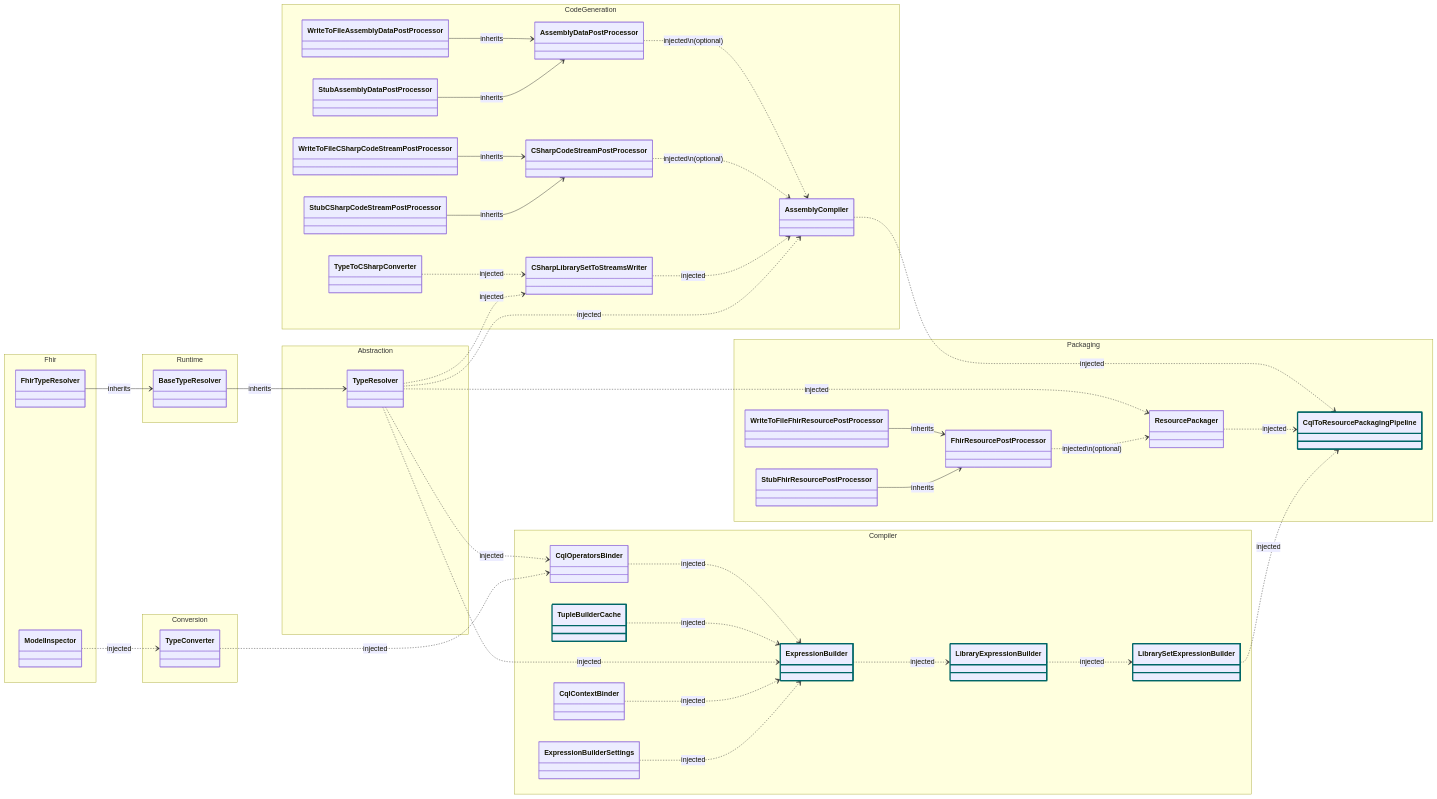
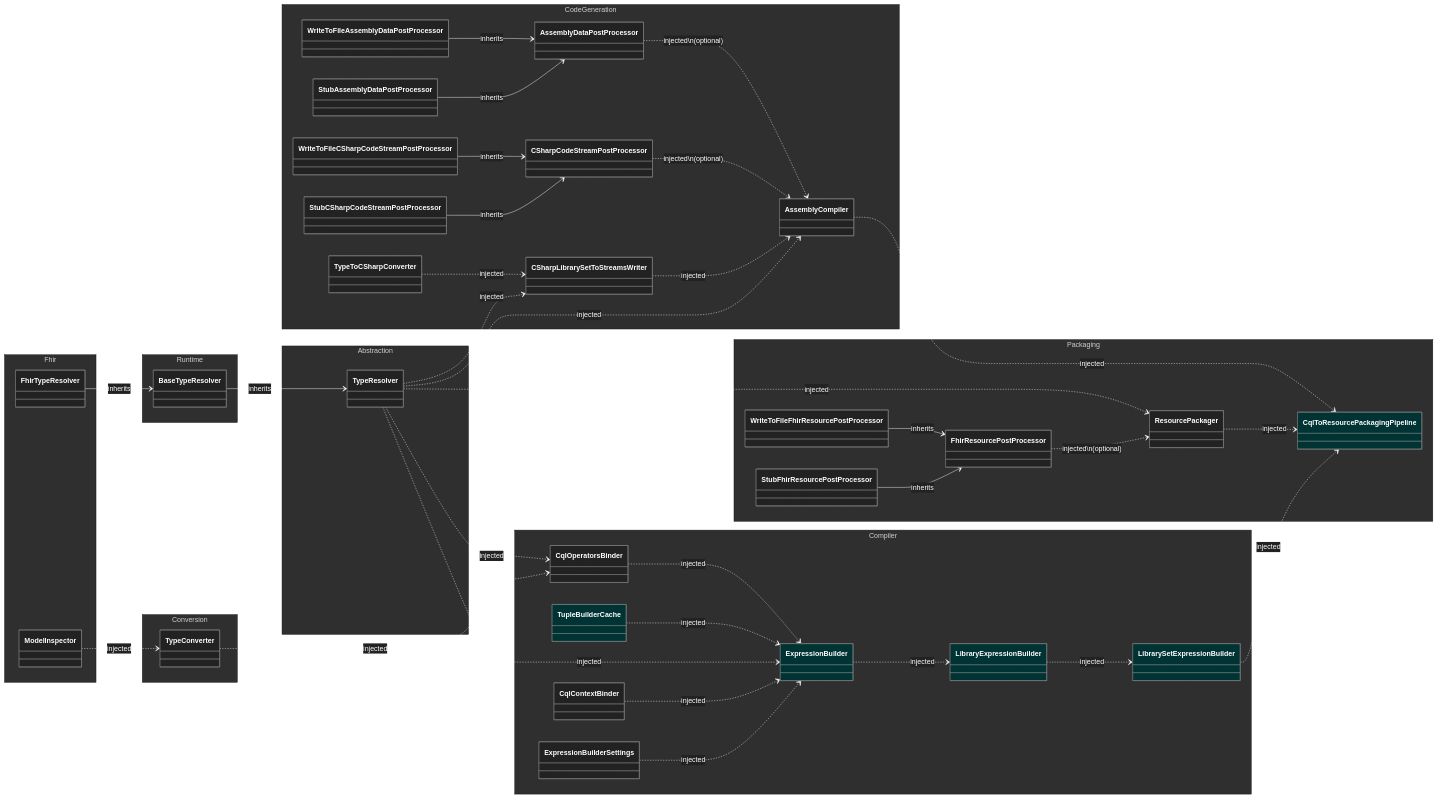
One commit to FirelyTeam/firely-cql-sdk changed the diagram in docs/packager-cli-dependency-graph.md. Above: the diagram before and after it, drawn with Mermaid.

Commit message:
Color diagram

````diff
--- a/docs/packager-cli-dependency-graph.md
+++ b/docs/packager-cli-dependency-graph.md
@@ -12,5 +12,15 @@
 ```mermaid
+%%{init: {
+    'theme': 'base', 
+    'themeVariables':{  
+      'primaryColor': '#222',
+      'primaryTextColor': '#fff',
+      'primaryBorderColor': 'gray',
+      'lineColor': 'white'
+}}}%%
+
 classDiagram
+
     direction LR
 
     namespace Compiler {
@@ -60,11 +70,13 @@
         class TypeConverter { }
     }
 
-    style LibrarySetExpressionBuilder stroke:#066,stroke-width:3px
-    style LibraryExpressionBuilder stroke:#066,stroke-width:3px
-    style ExpressionBuilder stroke:#066,stroke-width:3px
-    style TupleBuilderCache stroke:#066,stroke-width:3px
-    style CqlToResourcePackagingPipeline stroke:#066,stroke-width:3px
+    %% Style Scoped Types as Cyan
+
+    style LibrarySetExpressionBuilder fill:#033
+    style LibraryExpressionBuilder fill:#033
+    style ExpressionBuilder fill:#033
+    style TupleBuilderCache fill:#033
+    style CqlToResourcePackagingPipeline fill:#033
 
     %% Inheritance  
 
@@ -77,7 +89,7 @@
     WriteToFileFhirResourcePostProcessor --> FhirResourcePostProcessor : inherits
     StubFhirResourcePostProcessor --> FhirResourcePostProcessor : inherits
 
-   %% Dependencies
+    %% Dependencies
 
     LibraryExpressionBuilder ..> LibrarySetExpressionBuilder : injected
 
@@ -100,13 +112,13 @@
     CSharpCodeStreamPostProcessor ..> AssemblyCompiler : injected\n(optional)
     CSharpLibrarySetToStreamsWriter ..> AssemblyCompiler : injected
     TypeResolver ..> AssemblyCompiler : injected
-    
+
     TypeResolver ..> CSharpLibrarySetToStreamsWriter : injected
 
     AssemblyCompiler ..> CqlToResourcePackagingPipeline : injected
     ResourcePackager ..> CqlToResourcePackagingPipeline : injected 
     LibrarySetExpressionBuilder ..> CqlToResourcePackagingPipeline : injected
-    
+
     TypeResolver ..> ResourcePackager : injected
     FhirResourcePostProcessor ..> ResourcePackager : injected\n(optional) 
 ```
````
